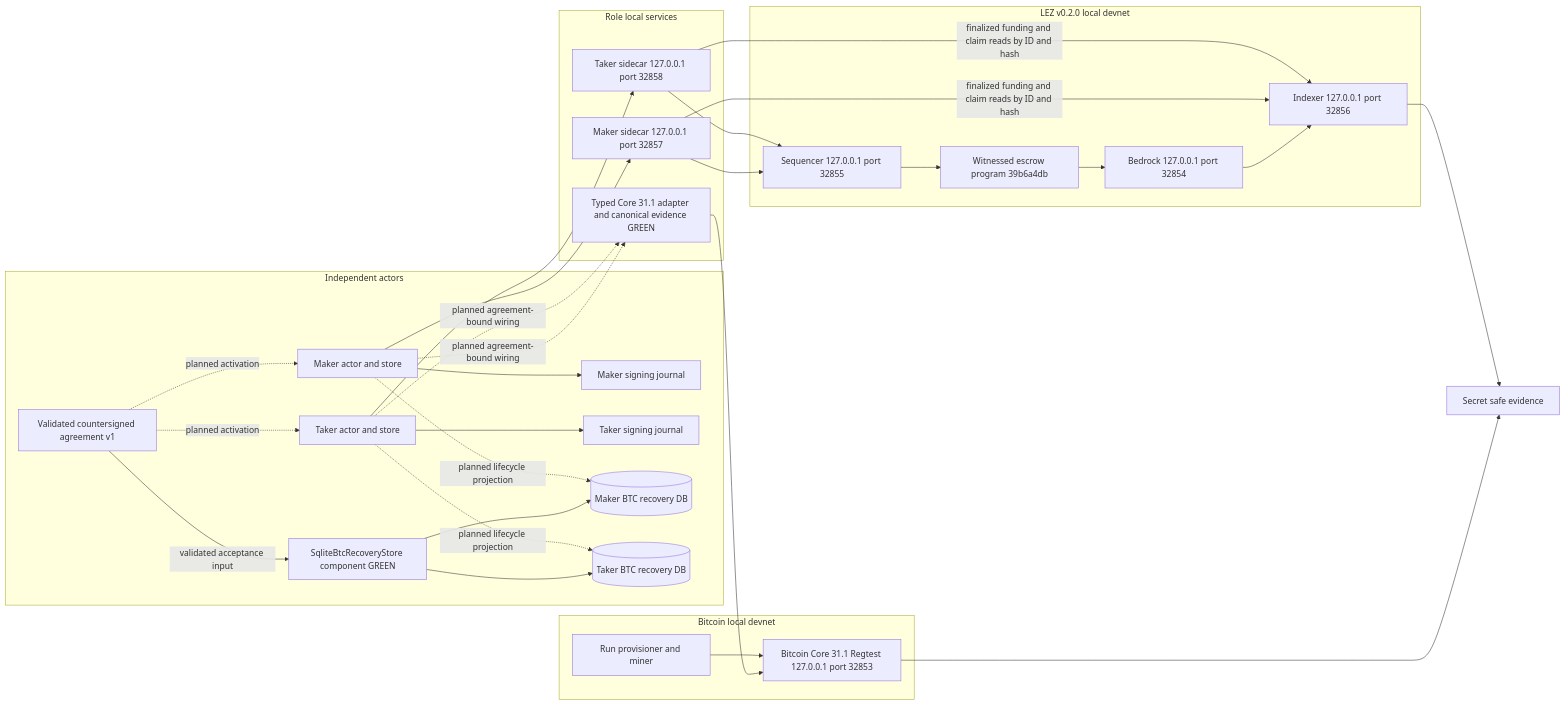
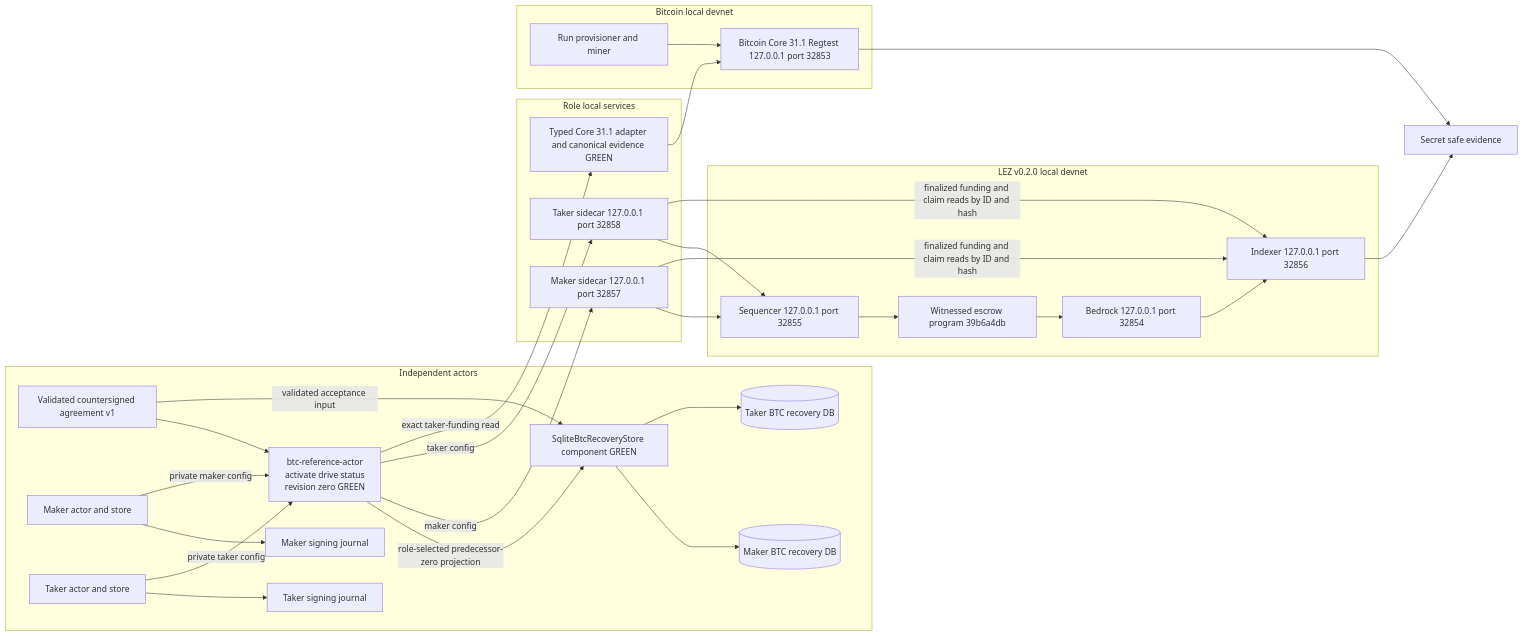
Before and after one commit to gateway-fm/lez-atomic-swaps: the first of 6 diagrams in docs/architecture/0029-m3-bitcoin-local-poc-entry.md, drawn with Mermaid. The commit also changed other lines of this file and 17 other files, not shown here.

````diff
--- a/docs/architecture/0029-m3-bitcoin-local-poc-entry.md
+++ b/docs/architecture/0029-m3-bitcoin-local-poc-entry.md
@@ -41,56 +43,56 @@
 ```mermaid
 flowchart LR
     subgraph Actors["Independent actors"]
         Agreement["Validated countersigned agreement v1"]
         Maker["Maker actor and store"]
         Taker["Taker actor and store"]
+        Actor["btc-reference-actor<br/>activate drive status<br/>revision zero GREEN"]
         MakerSigner["Maker signing journal"]
         TakerSigner["Taker signing journal"]
         Recovery["SqliteBtcRecoveryStore component GREEN"]
         MakerRecovery[("Maker BTC recovery DB")]
         TakerRecovery[("Taker BTC recovery DB")]
         Maker --> MakerSigner
         Taker --> TakerSigner
+        Maker -->|"private maker config"| Actor
+        Taker -->|"private taker config"| Actor
+        Agreement --> Actor
         Agreement -->|"validated acceptance input"| Recovery
         Recovery --> MakerRecovery
         Recovery --> TakerRecovery
-        Maker -. planned lifecycle projection .-> MakerRecovery
-        Taker -. planned lifecycle projection .-> TakerRecovery
-        Agreement -. planned activation .-> Maker
-        Agreement -. planned activation .-> Taker
+        Actor -->|"role-selected predecessor-zero projection"| Recovery
     end
 
     subgraph RoleServices["Role local services"]
         MakerSidecar["Maker sidecar 127.0.0.1 port 32857"]
         TakerSidecar["Taker sidecar 127.0.0.1 port 32858"]
         CoreAdapter["Typed Core 31.1 adapter and canonical evidence GREEN"]
     end
 
     subgraph Bitcoin["Bitcoin local devnet"]
         Core["Bitcoin Core 31.1 Regtest 127.0.0.1 port 32853"]
         Miner["Run provisioner and miner"]
     end
 
     subgraph Lez["LEZ v0.2.0 local devnet"]
         Sequencer["Sequencer 127.0.0.1 port 32855"]
         Indexer["Indexer 127.0.0.1 port 32856"]
         Bedrock["Bedrock 127.0.0.1 port 32854"]
         Guest["Witnessed escrow program 39b6a4db"]
         Sequencer --> Guest
         Guest --> Bedrock
         Bedrock --> Indexer
     end
 
-    Maker --> MakerSidecar
-    Taker --> TakerSidecar
+    Actor -->|"maker config"| MakerSidecar
+    Actor -->|"taker config"| TakerSidecar
     MakerSidecar --> Sequencer
     MakerSidecar -->|"finalized funding and claim reads by ID and hash"| Indexer
     TakerSidecar --> Sequencer
     TakerSidecar -->|"finalized funding and claim reads by ID and hash"| Indexer
-    Maker -. planned agreement-bound wiring .-> CoreAdapter
-    Taker -. planned agreement-bound wiring .-> CoreAdapter
+    Actor -->|"exact taker-funding read"| CoreAdapter
     CoreAdapter --> Core
     Miner --> Core
     Core --> Evidence["Secret safe evidence"]
     Indexer --> Evidence
 ```
````
